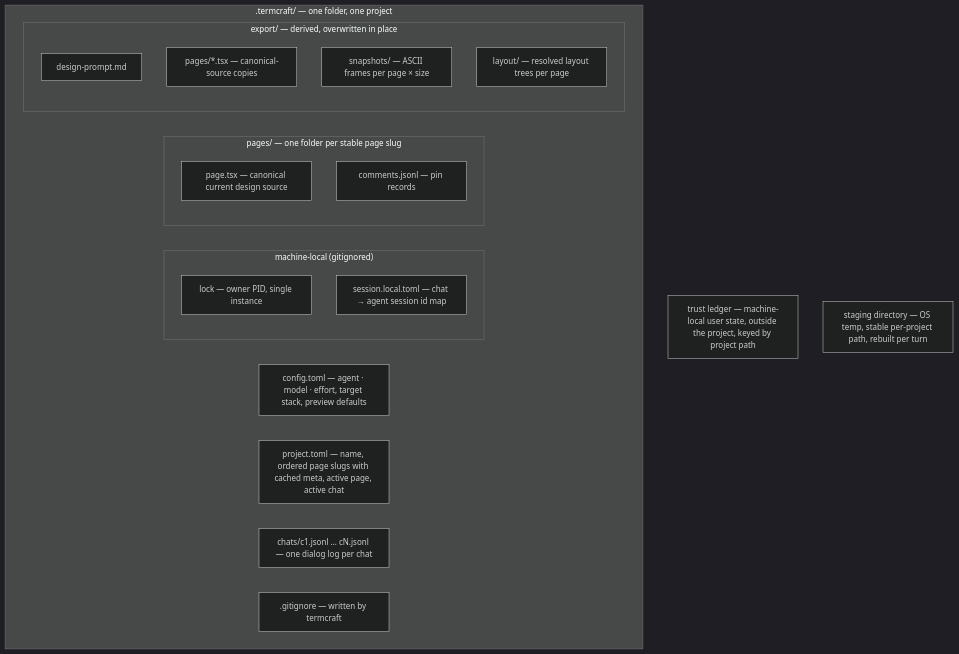
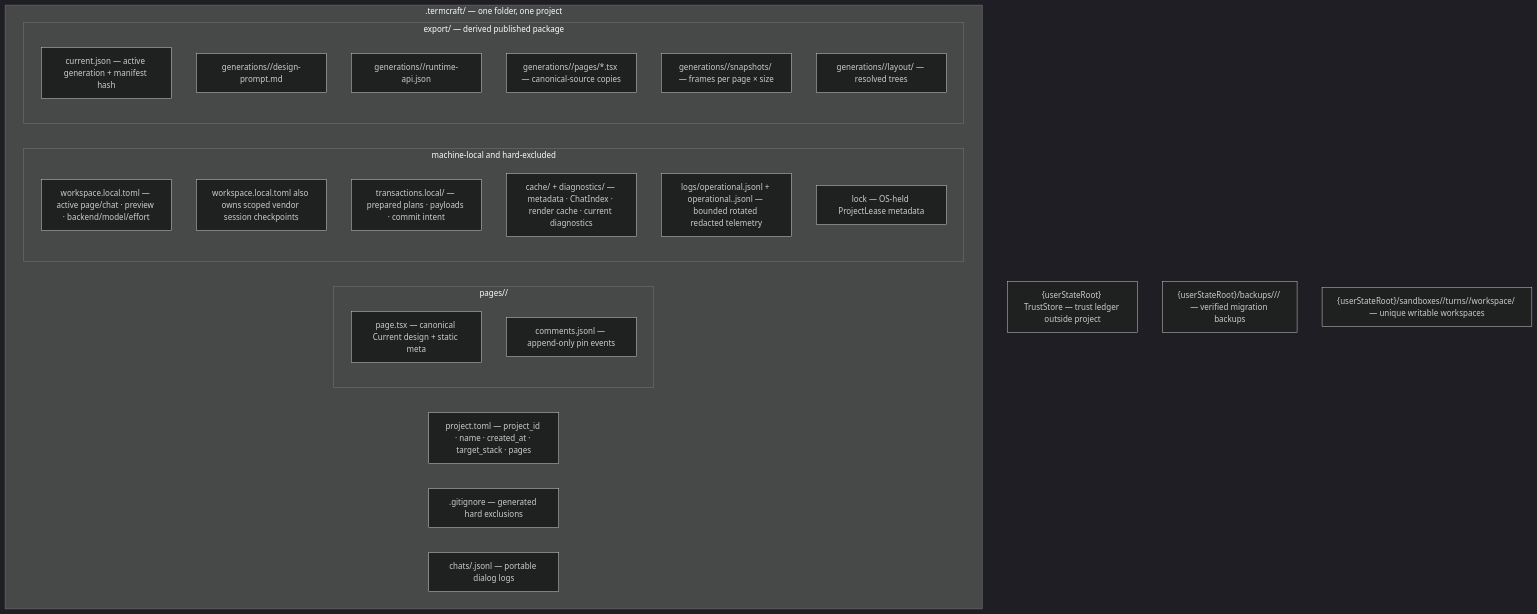
One commit to khmilevoi/termcraft changed the diagram in docs/architecture/storage.md. Above: the diagram before and after it, drawn with Mermaid (dark theme). The commit also changed other lines of this file and 22 other files, not shown here.

````diff
--- a/docs/architecture/storage.md
+++ b/docs/architecture/storage.md
@@ -3,25 +7,31 @@
 ```mermaid
 flowchart TB
     subgraph tc[".termcraft/ — one folder, one project"]
-        cfg["config.toml — agent · model · effort, target stack, preview defaults"]
-        proj["project.toml — name, ordered page slugs with cached meta, active page, active chat"]
-        chats["chats/c1.jsonl … cN.jsonl — one dialog log per chat"]
-        gi[".gitignore — written by termcraft"]
-        subgraph localonly["machine-local (gitignored)"]
-            lock["lock — owner PID, single instance"]
-            sess["session.local.toml — chat → agent session id map"]
+        proj["project.toml — project_id · name · created_at · target_stack · pages"]
+        gi[".gitignore — generated hard exclusions"]
+        chats["chats/<chat-uuid>.jsonl — portable dialog logs"]
+        subgraph pg["pages/<stable-slug>/"]
+            source["page.tsx — canonical Current design + static meta"]
+            pins["comments.jsonl — append-only pin events"]
         end
-        subgraph pg["pages/ — one folder per stable page slug"]
-            source["page.tsx — canonical current design source"]
-            comm["comments.jsonl — pin records"]
+        subgraph local["machine-local and hard-excluded"]
+            ws["workspace.local.toml — active page/chat · preview · backend/model/effort"]
+            sess["workspace.local.toml also owns scoped vendor session checkpoints"]
+            tx["transactions.local/ — prepared plans · payloads · commit intent"]
+            cache["cache/ + diagnostics/ — metadata · ChatIndex · render cache · current diagnostics"]
+            ops["logs/operational.jsonl + operational.<n>.jsonl — bounded rotated redacted telemetry"]
+            lease["lock — OS-held ProjectLease metadata"]
         end
-        subgraph ex["export/ — derived, overwritten in place"]
-            dp["design-prompt.md"]
-            ptsx["pages/*.tsx — canonical-source copies"]
-            snaps["snapshots/ — ASCII frames per page × size"]
-            lay["layout/ — resolved layout trees per page"]
+        subgraph ex["export/ — derived published package"]
+            exptr["current.json — active generation + manifest hash"]
+            prompt["generations/<id>/design-prompt.md"]
+            runtimeapi["generations/<id>/runtime-api.json"]
+            pages["generations/<id>/pages/*.tsx — canonical-source copies"]
+            snapshots["generations/<id>/snapshots/ — frames per page × size"]
+            layout["generations/<id>/layout/ — resolved trees"]
         end
     end
-    trust["trust ledger — machine-local user state, outside the project, keyed by project path"]
-    scratch["staging directory — OS temp, stable per-project path, rebuilt per turn"]
+    trust["{userStateRoot} TrustStore — trust ledger outside project"]
+    backups["{userStateRoot}/backups/<projectId>/<migrationActionId>/ — verified migration backups"]
+    turns["{userStateRoot}/sandboxes/<projectKey>/turns/<turnId>/workspace/ — unique writable workspaces"]
 ```
````
